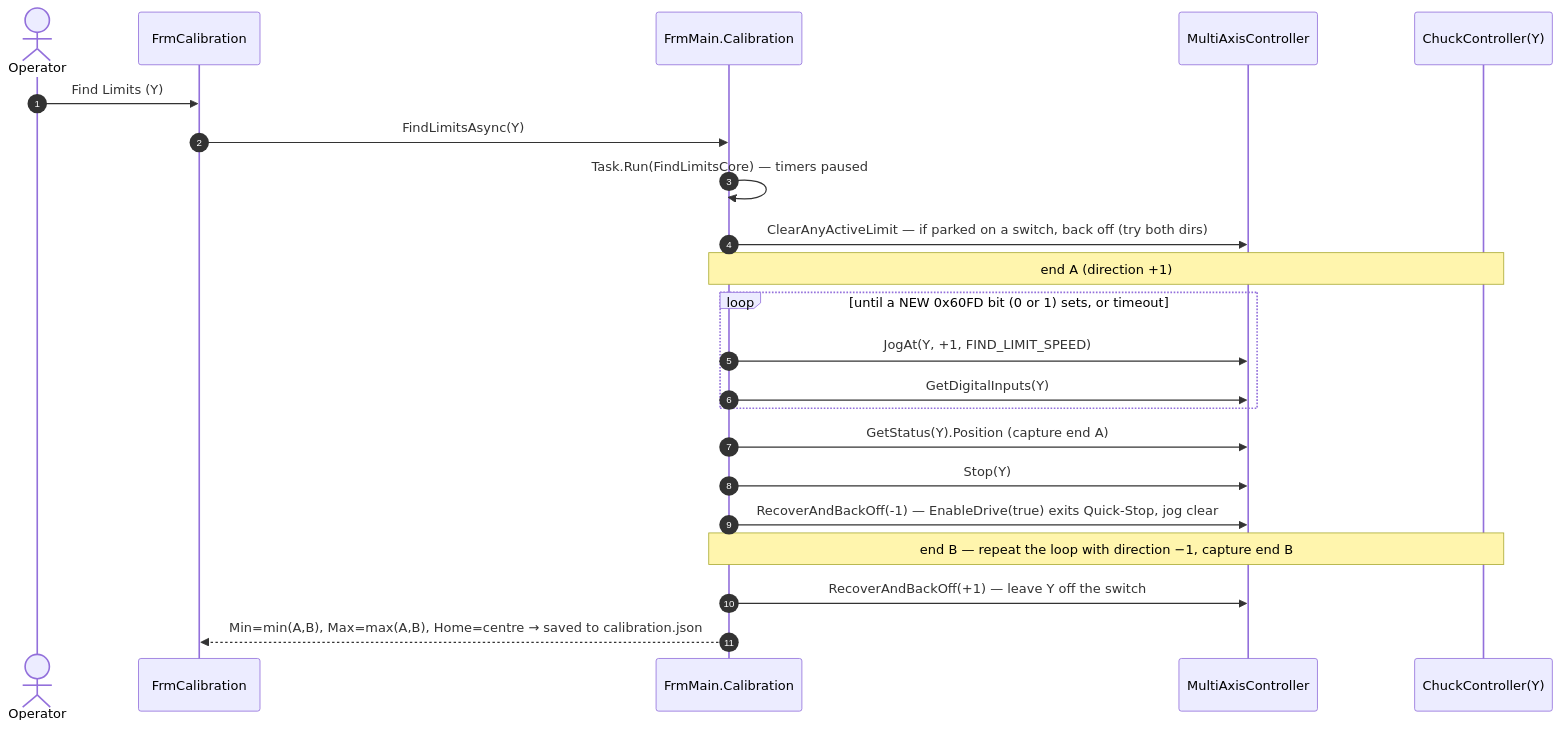
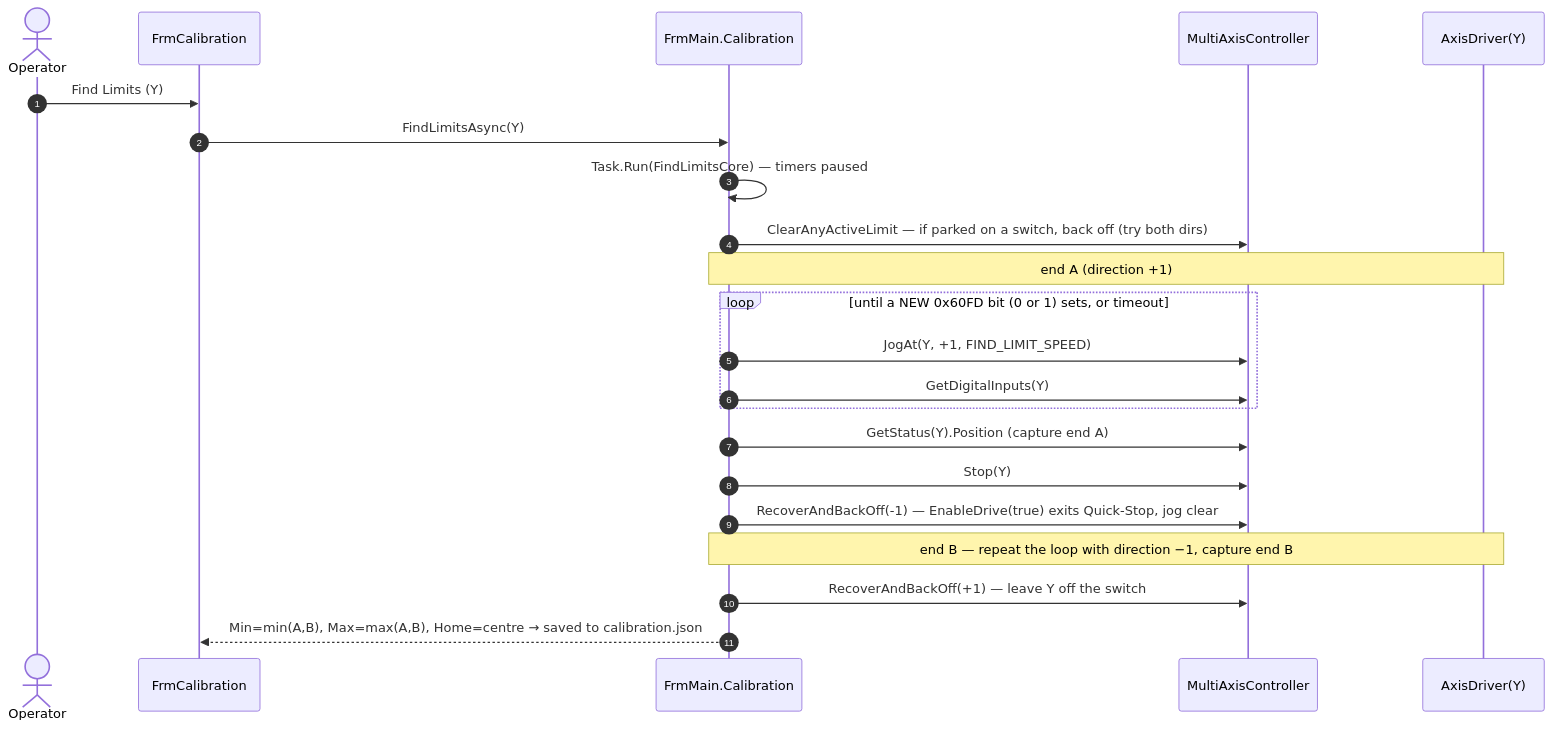
Before and after one commit to alexanderYaw/nanotec-controller: the sixth of 6 diagrams in Developer Guide/README.md, drawn with Mermaid. The commit also changed other lines of this file and 1 other file, not shown here.

````diff
--- a/Developer Guide/README.md
+++ b/Developer Guide/README.md
@@ -895,28 +914,28 @@
 ```mermaid
 sequenceDiagram
     autonumber
     actor U as Operator
     participant FC as FrmCalibration
     participant F as FrmMain.Calibration
     participant M as MultiAxisController
-    participant Y as ChuckController(Y)
+    participant Y as AxisDriver(Y)
 
     U->>FC: Find Limits (Y)
     FC->>F: FindLimitsAsync(Y)
     F->>F: Task.Run(FindLimitsCore) — timers paused
     F->>M: ClearAnyActiveLimit — if parked on a switch, back off (try both dirs)
 
     Note over F,Y: end A (direction +1)
     loop until a NEW 0x60FD bit (0 or 1) sets, or timeout
         F->>M: JogAt(Y, +1, FIND_LIMIT_SPEED)
         F->>M: GetDigitalInputs(Y)
     end
     F->>M: GetStatus(Y).Position (capture end A)
     F->>M: Stop(Y)
     F->>M: RecoverAndBackOff(-1) — EnableDrive(true) exits Quick-Stop, jog clear
 
     Note over F,Y: end B — repeat the loop with direction −1, capture end B
     F->>M: RecoverAndBackOff(+1) — leave Y off the switch
 
     F-->>FC: Min=min(A,B), Max=max(A,B), Home=centre → saved to calibration.json
 ```
````
